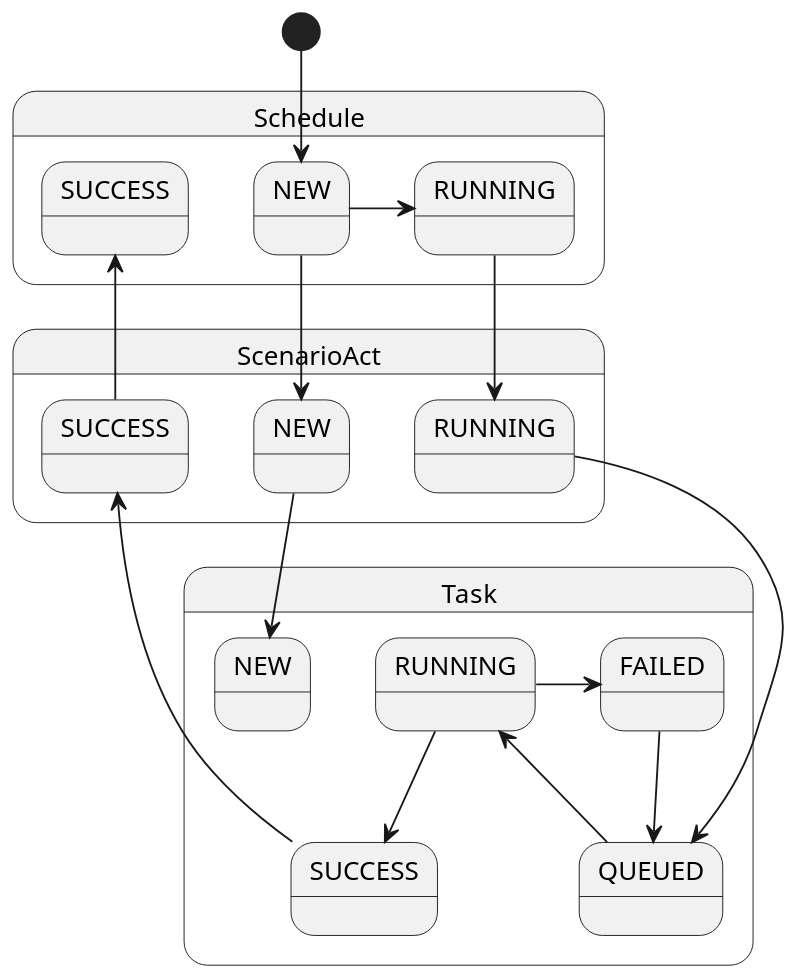
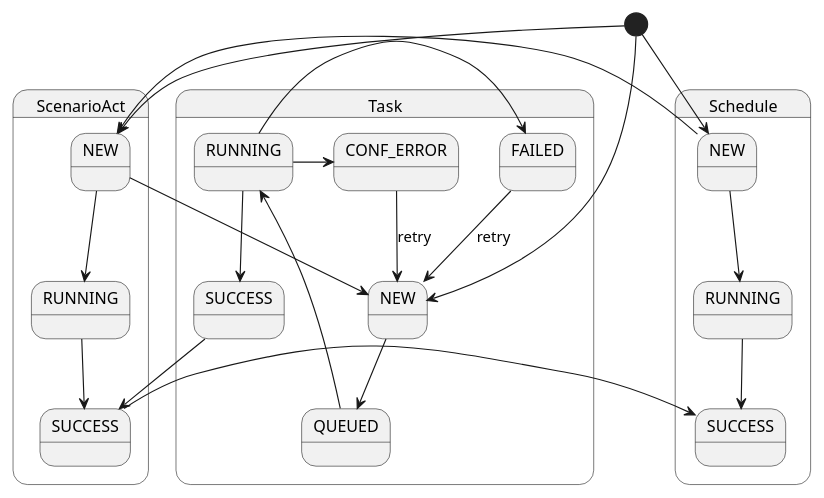
Before and after one commit to zaytsevdmitry/lakehouse: the diagram in lakehouse-scheduler-svc/doc/scheduling/ScheduleStatuses.puml, drawn with PlantUML. The commit also changed 75 other files, not shown here.

```diff
--- a/lakehouse-scheduler-svc/doc/scheduling/ScheduleStatuses.puml
+++ b/lakehouse-scheduler-svc/doc/scheduling/ScheduleStatuses.puml
@@ -1,30 +1,47 @@
 @startuml
 'https://plantuml.com/state-diagram
 
 scale 650 width
 
 
 state Schedule{
-
-
-
+  state "NEW" as Schedule.NEW
+  state "RUNNING" as Schedule.RUNNING
+  state "SUCCESS" as Schedule.SUCCESS
 }
 state ScenarioAct{
-
+  state "NEW" as ScenarioAct.NEW
+  state "RUNNING" as ScenarioAct.RUNNING
+  state "SUCCESS" as ScenarioAct.SUCCESS
 }
 state Task{
+  state "NEW" as Task.NEW
+  state "QUEUED" as Task.QUEUED
+  state "RUNNING" as Task.RUNNING
+  state "SUCCESS" as Task.SUCCESS
+  state "FAILED" as Task.FAILED
+  state "CONF_ERROR" as Task.CONF_ERROR
 }
 
 [*] --> Schedule.NEW
+Schedule.NEW-->Schedule.RUNNING
+Schedule.RUNNING-->Schedule.SUCCESS
+
+[*] --> ScenarioAct.NEW
 Schedule.NEW-->ScenarioAct.NEW
-Schedule.RUNNING-->ScenarioAct.RUNNING
+ScenarioAct.NEW-->ScenarioAct.RUNNING
+ScenarioAct.RUNNING-->ScenarioAct.SUCCESS
+
+[*] --> Task.NEW
 ScenarioAct.NEW-->Task.NEW
-Schedule.NEW->Schedule.RUNNING
-ScenarioAct.RUNNING--->Task.QUEUED
+Task.NEW-->Task.QUEUED
+Task.QUEUED --> Task.RUNNING
 Task.RUNNING-->Task.SUCCESS
+Task.RUNNING->Task.FAILED
+Task.RUNNING->Task.CONF_ERROR
+Task.FAILED-->Task.NEW: retry
+Task.CONF_ERROR-->Task.NEW: retry
+
+ScenarioAct.SUCCESS->Schedule.SUCCESS
 Task.SUCCESS->ScenarioAct.SUCCESS
-ScenarioAct.SUCCESS->Schedule.SUCCESS
-Task.QUEUED --> Task.RUNNING
-Task.RUNNING->Task.FAILED
-Task.FAILED-->Task.QUEUED
 @enduml
```
